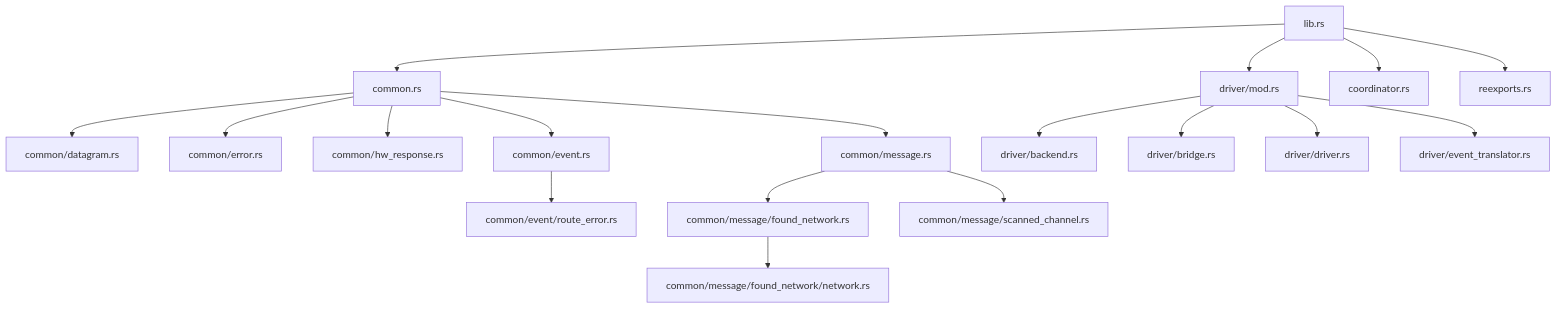
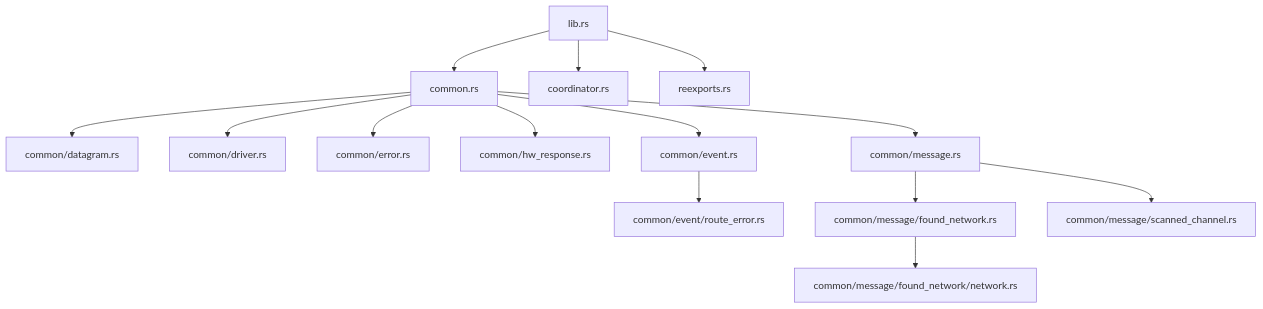
One commit to PaulmannLighting/apis-saltans changed the fourth of 4 diagrams in hw/ARCHITECTURE.md. Above: the diagram before and after it, drawn with Mermaid. The commit also changed other lines of this file and 10 other files, not shown here.

````diff
--- a/hw/ARCHITECTURE.md
+++ b/hw/ARCHITECTURE.md
@@ -226,20 +210,16 @@
 ```mermaid
 flowchart TD
     lib["lib.rs"] --> common["common.rs"]
-    lib --> driver["driver/mod.rs"]
     lib --> coordinator["coordinator.rs"]
     lib --> reexports["reexports.rs"]
     common --> datagram["common/datagram.rs"]
+    common --> driver["common/driver.rs"]
     common --> error["common/error.rs"]
     common --> hw_response["common/hw_response.rs"]
     common --> event["common/event.rs"]
     event --> route_error["common/event/route_error.rs"]
     common --> message["common/message.rs"]
     message --> found_network["common/message/found_network.rs"]
     found_network --> network["common/message/found_network/network.rs"]
     message --> scanned_channel["common/message/scanned_channel.rs"]
-    driver --> backend["driver/backend.rs"]
-    driver --> bridge["driver/bridge.rs"]
-    driver --> driver_impl["driver/driver.rs"]
-    driver --> event_translator["driver/event_translator.rs"]
 ```
````
